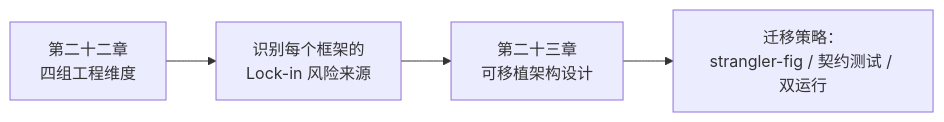
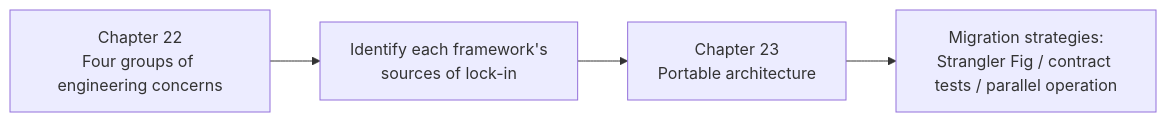
One commit to oneleaveknowsthefall/awesome-ai-roadmap changed the diagram in docs/frameworks/06-selection-portability/README.md. Above: the diagram before and after it, drawn with Mermaid. The commit also changed other lines of this file and 70 other files, not shown here.

````diff
--- a/docs/frameworks/06-selection-portability/README.md
+++ b/docs/frameworks/06-selection-portability/README.md
@@ -18,6 +18,6 @@
 ```mermaid
 flowchart LR
-    A["第二十二章<br/>四组工程维度"] --> B["识别每个框架的<br/>Lock-in 风险来源"]
-    B --> C["第二十三章<br/>可移植架构设计"]
-    C --> D["迁移策略：<br/>strangler-fig / 契约测试 / 双运行"]
+    A["Chapter 22<br/>Four groups of engineering concerns"] --> B["Identify each framework's<br/>sources of lock-in"]
+    B --> C["Chapter 23<br/>Portable architecture"]
+    C --> D["Migration strategies:<br/>Strangler Fig / contract tests / parallel operation"]
 ```
````
